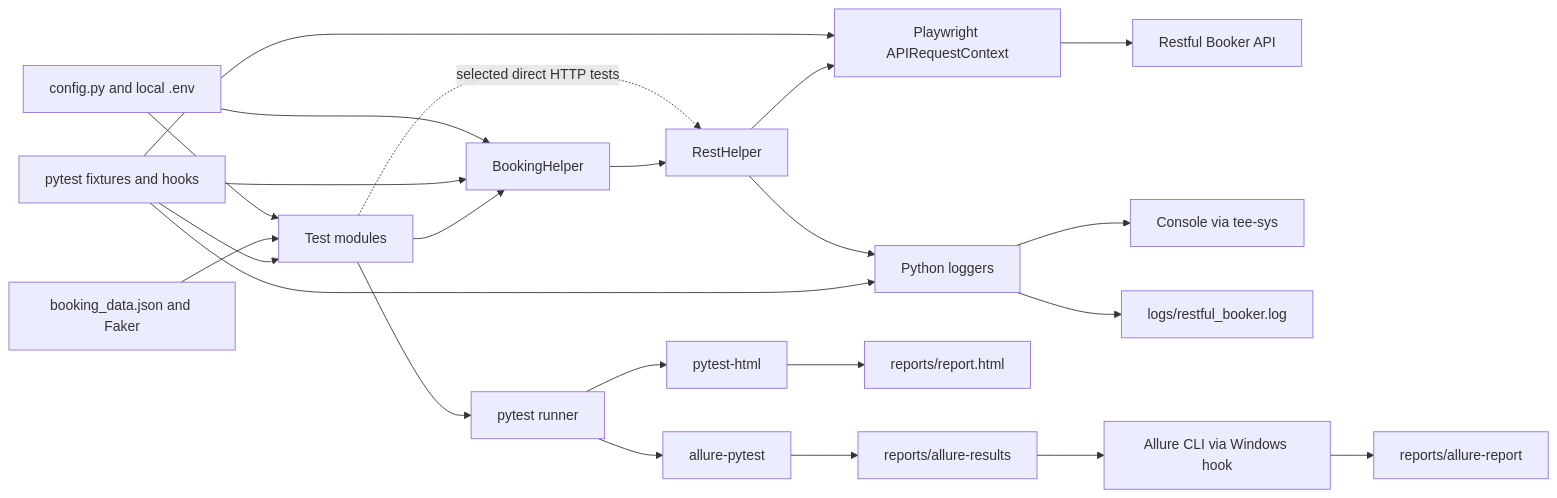
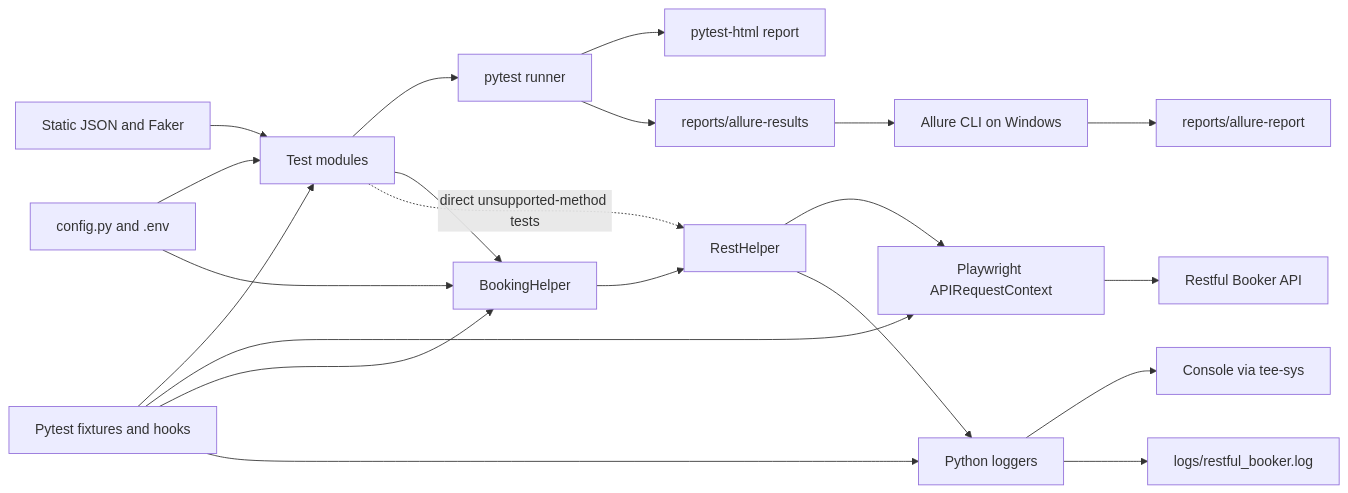
The first of 2 diagrams in README.md (hellojanardhan/restful-booker-api-automation), drawn with Mermaid before and after one commit. The commit also changed other lines of this file, not shown here.

````diff
--- a/README.md
+++ b/README.md
@@ -150,44 +149,40 @@
 ```mermaid
 flowchart LR
     Tests[Test modules]
     Runner[pytest runner]
-    Fixtures[pytest fixtures and hooks]
-    Config[config.py and local .env]
-    Data[booking_data.json and Faker]
+    Fixtures[Pytest fixtures and hooks]
+    Config[config.py and .env]
+    Data[Static JSON and Faker]
     Booking[BookingHelper]
     Rest[RestHelper]
     Context[Playwright APIRequestContext]
     API[Restful Booker API]
     Logger[Python loggers]
     Console[Console via tee-sys]
     LogFile[logs/restful_booker.log]
-    PytestHTML[pytest-html]
-    HTMLReport[reports/report.html]
-    AllurePlugin[allure-pytest]
+    HTML[pytest-html report]
     AllureResults[reports/allure-results]
-    AllureCLI[Allure CLI via Windows hook]
+    AllureCLI[Allure CLI on Windows]
     AllureReport[reports/allure-report]
 
+    Tests --> Runner
     Config --> Tests
     Config --> Booking
     Data --> Tests
     Fixtures --> Tests
+    Fixtures --> Context
     Fixtures --> Booking
-    Fixtures --> Context
     Tests --> Booking
-    Tests -. selected direct HTTP tests .-> Rest
+    Tests -. direct unsupported-method tests .-> Rest
     Booking --> Rest
     Rest --> Context
     Context --> API
     Rest --> Logger
     Fixtures --> Logger
     Logger --> Console
     Logger --> LogFile
-    Tests --> Runner
-    Runner --> PytestHTML
-    PytestHTML --> HTMLReport
-    Runner --> AllurePlugin
-    AllurePlugin --> AllureResults
+    Runner --> HTML
+    Runner --> AllureResults
     AllureResults --> AllureCLI
     AllureCLI --> AllureReport
 ```
````
